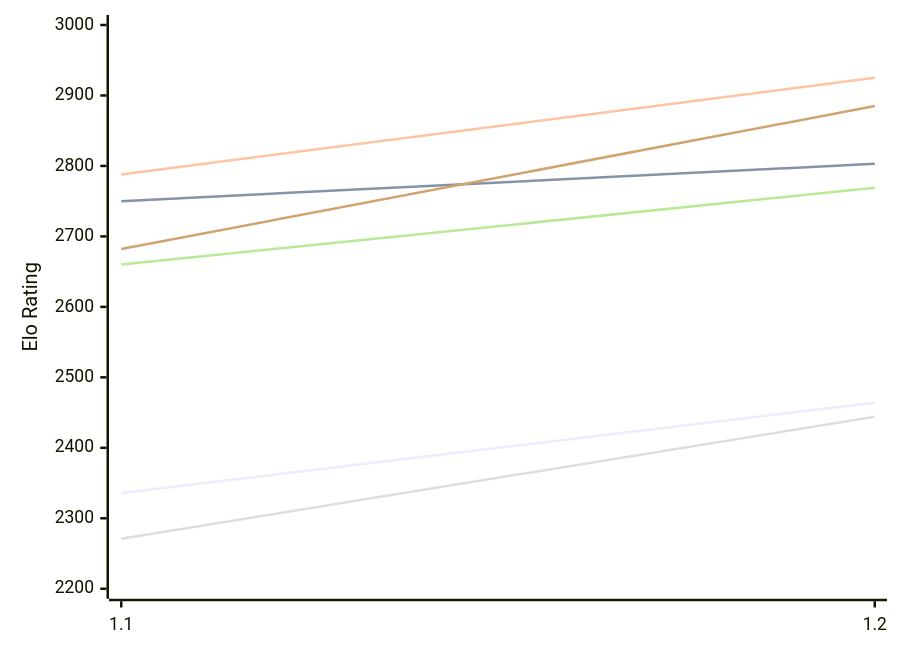
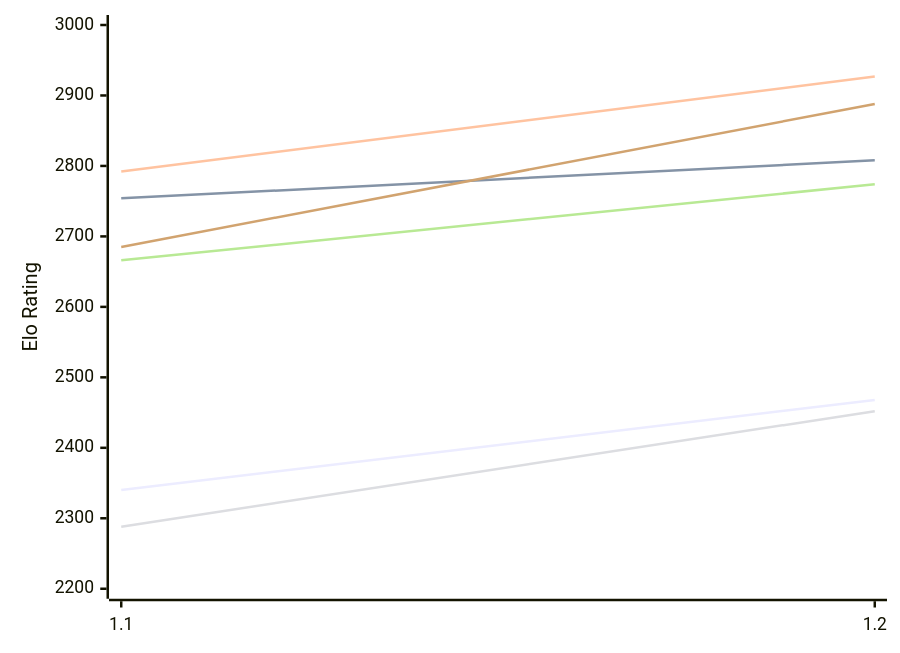
Before and after one commit to computer-chess-index/cci: the first of 2 diagrams in engines/FoxChess.md, drawn with Mermaid. The commit also changed other lines of this file, not shown here.

Commit message:
Update CCI Ratings (ELO VLTC) - 2026-11-20

````diff
--- a/engines/FoxChess.md
+++ b/engines/FoxChess.md
@@ -51,12 +51,12 @@
 ```mermaid
 %%{init: {"theme":"base","themeVariables":{"seriesColors:['#a3a3a3','#222221','#faa371']}}}%%
 xychart-beta
   x-axis ["1.1", "1.2"]
   y-axis "Elo Rating" 2200 --> 3000
-  line "E1: STC (8.0+0.08s)" [2336, 2464]
-  line "E1: LTC (60.0+0.60s)" [2750, 2803]
-  line "E1: VLTC (2m24s+1.12s)" [2788, 2925]
-  line "P1: STC (8.0+0.08s)" [2271, 2444]
-  line "P1: LTC (60.0+0.60s)" [2660, 2769]
-  line "P1: VLTC (2m24s+1.12s)" [2682, 2885]
+  line "E1: STC (8.0+0.08s)" [2340, 2468]
+  line "E1: LTC (60.0+0.60s)" [2754, 2808]
+  line "E1: VLTC (2m24s+1.12s)" [2792, 2927]
+  line "P1: STC (8.0+0.08s)" [2288, 2452]
+  line "P1: LTC (60.0+0.60s)" [2666, 2774]
+  line "P1: VLTC (2m24s+1.12s)" [2685, 2888]
 ```
````
